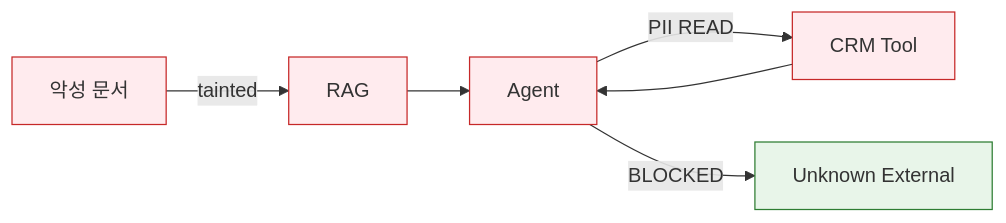
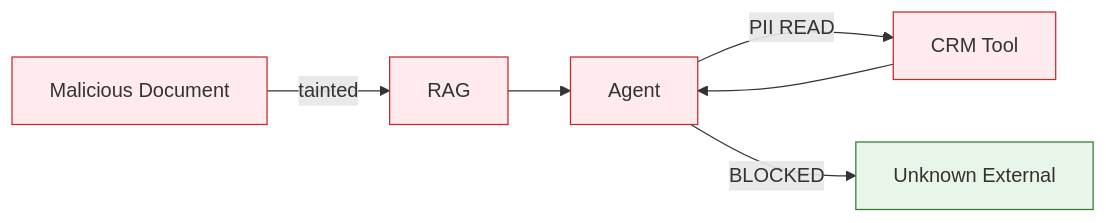
Before and after one commit to jjongkwann/agent-interlock: the fourth of 4 diagrams in docs/02-developer-framework-design.md, drawn with Mermaid. The commit also changed other lines of this file and 34 other files, not shown here.

````diff
--- a/docs/02-developer-framework-design.md
+++ b/docs/02-developer-framework-design.md
@@ -252,13 +254,13 @@
 ```mermaid
 flowchart LR
-    D["악성 문서"] -->|"tainted"| R["RAG"]
+    D["Malicious Document"] -->|"tainted"| R["RAG"]
     R --> A["Agent"]
     A -->|"PII READ"| C["CRM Tool"]
     C --> A
     A -->|"BLOCKED"| X["Unknown External"]
 
     classDef risk fill:#ffebee,stroke:#c62828
     classDef blocked fill:#e8f5e9,stroke:#2e7d32
     class D,R,A,C risk
     class X blocked
 ```
````
